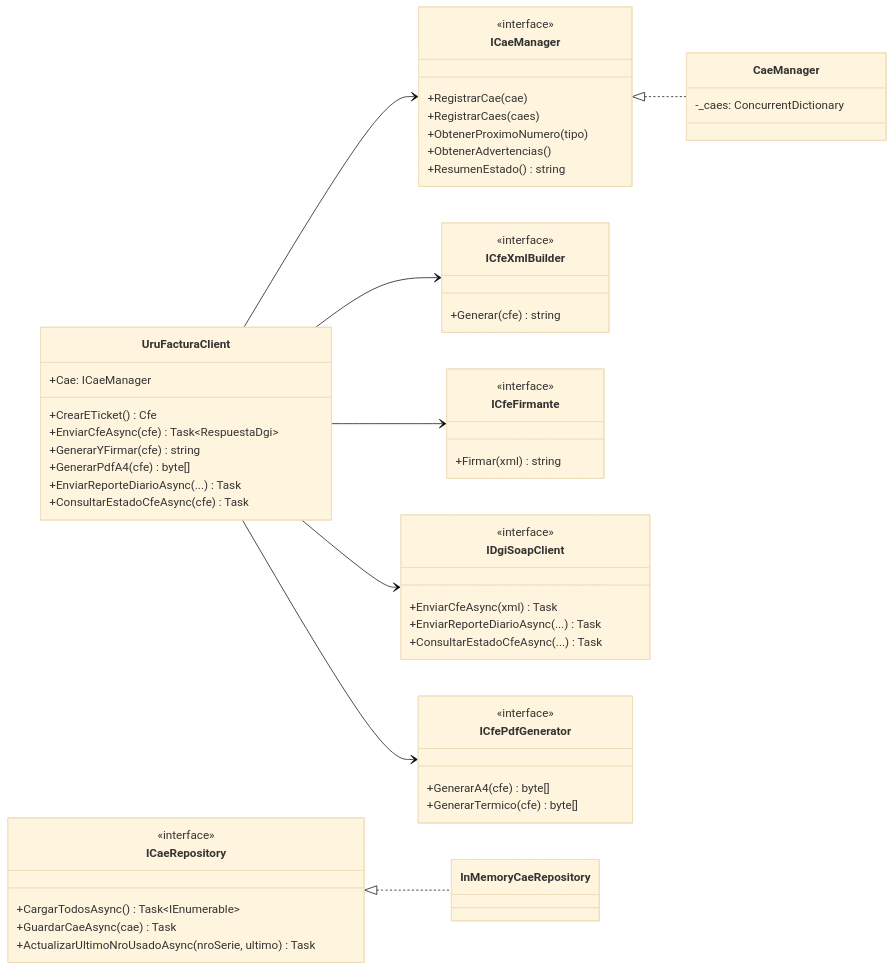
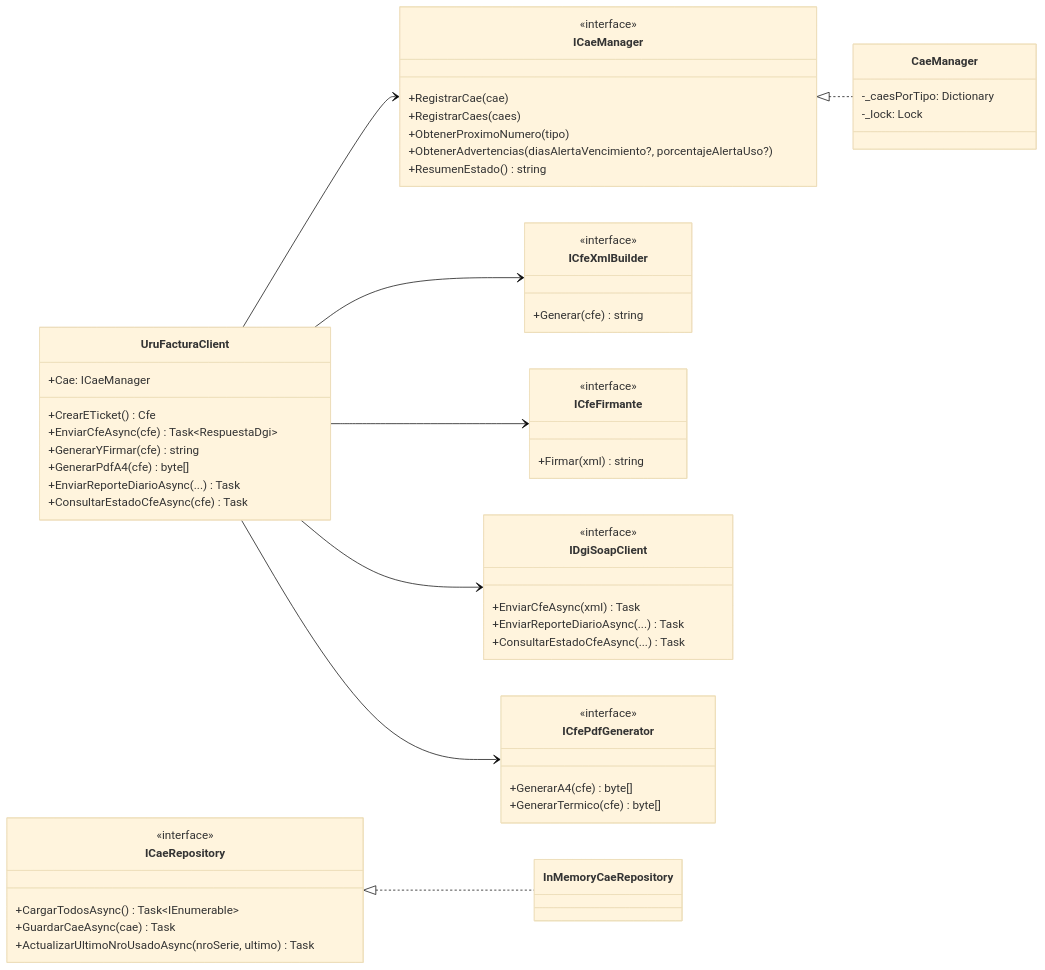
One commit to MathiasGonzalez/UruFacturaSDK changed the seventh of 7 diagrams in landing/src/content/docs/guides/workflows.mdx. Above: the diagram before and after it, drawn with Mermaid (base theme). The commit also changed 4 other files, not shown here.

````diff
--- a/landing/src/content/docs/guides/workflows.mdx
+++ b/landing/src/content/docs/guides/workflows.mdx
@@ -174,68 +174,69 @@
 ```mermaid
 classDiagram
     direction LR
 
     class UruFacturaClient {
         +Cae: ICaeManager
         +CrearETicket() Cfe
         +EnviarCfeAsync(cfe) Task~RespuestaDgi~
         +GenerarYFirmar(cfe) string
         +GenerarPdfA4(cfe) byte[]
         +EnviarReporteDiarioAsync(...) Task
         +ConsultarEstadoCfeAsync(cfe) Task
     }
 
     class ICaeManager {
         <<interface>>
         +RegistrarCae(cae)
         +RegistrarCaes(caes)
         +ObtenerProximoNumero(tipo)
-        +ObtenerAdvertencias()
+        +ObtenerAdvertencias(diasAlertaVencimiento?, porcentajeAlertaUso?)
         +ResumenEstado() string
     }
 
     class ICfeXmlBuilder {
         <<interface>>
         +Generar(cfe) string
     }
 
     class ICfeFirmante {
         <<interface>>
         +Firmar(xml) string
     }
 
     class IDgiSoapClient {
         <<interface>>
         +EnviarCfeAsync(xml) Task
         +EnviarReporteDiarioAsync(...) Task
         +ConsultarEstadoCfeAsync(...) Task
     }
 
     class ICfePdfGenerator {
         <<interface>>
         +GenerarA4(cfe) byte[]
         +GenerarTermico(cfe) byte[]
     }
 
     class ICaeRepository {
         <<interface>>
         +CargarTodosAsync() Task~IEnumerable~
         +GuardarCaeAsync(cae) Task
         +ActualizarUltimoNroUsadoAsync(nroSerie, ultimo) Task
     }
 
     class CaeManager {
-        -_caes: ConcurrentDictionary
+        -_caesPorTipo: Dictionary
+        -_lock: Lock
     }
 
     class InMemoryCaeRepository
 
     UruFacturaClient --> ICaeManager
     UruFacturaClient --> ICfeXmlBuilder
     UruFacturaClient --> ICfeFirmante
     UruFacturaClient --> IDgiSoapClient
     UruFacturaClient --> ICfePdfGenerator
 
     ICaeManager <|.. CaeManager
     ICaeRepository <|.. InMemoryCaeRepository
 ```
````
